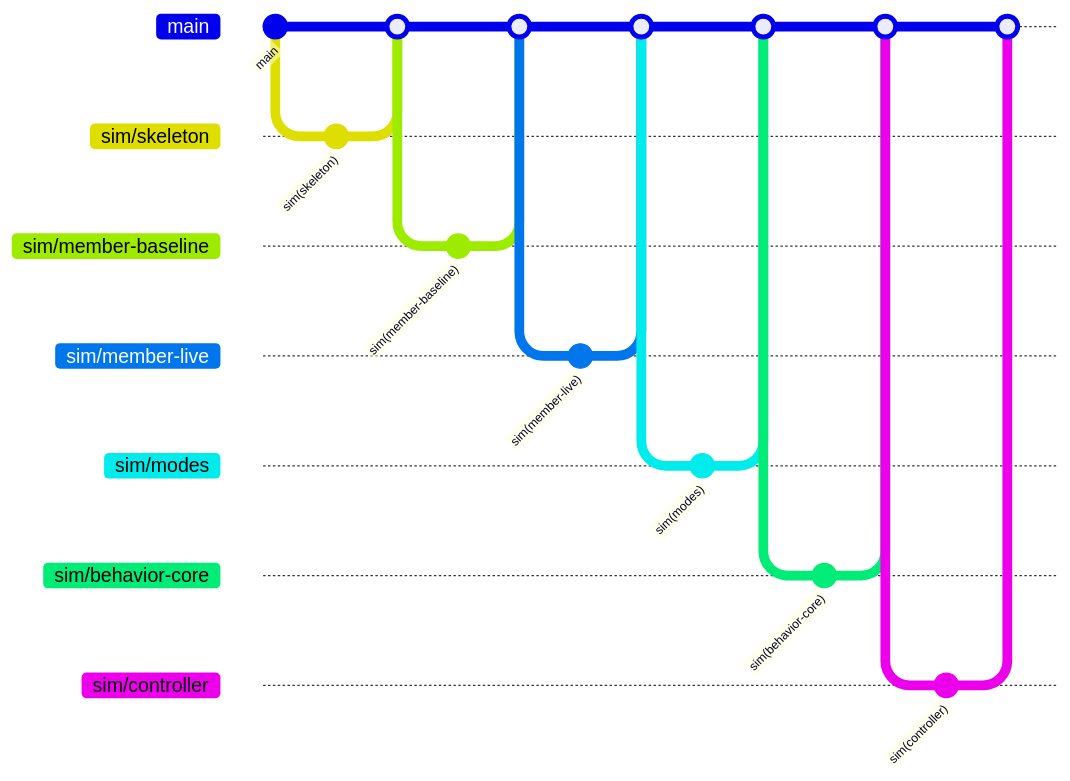
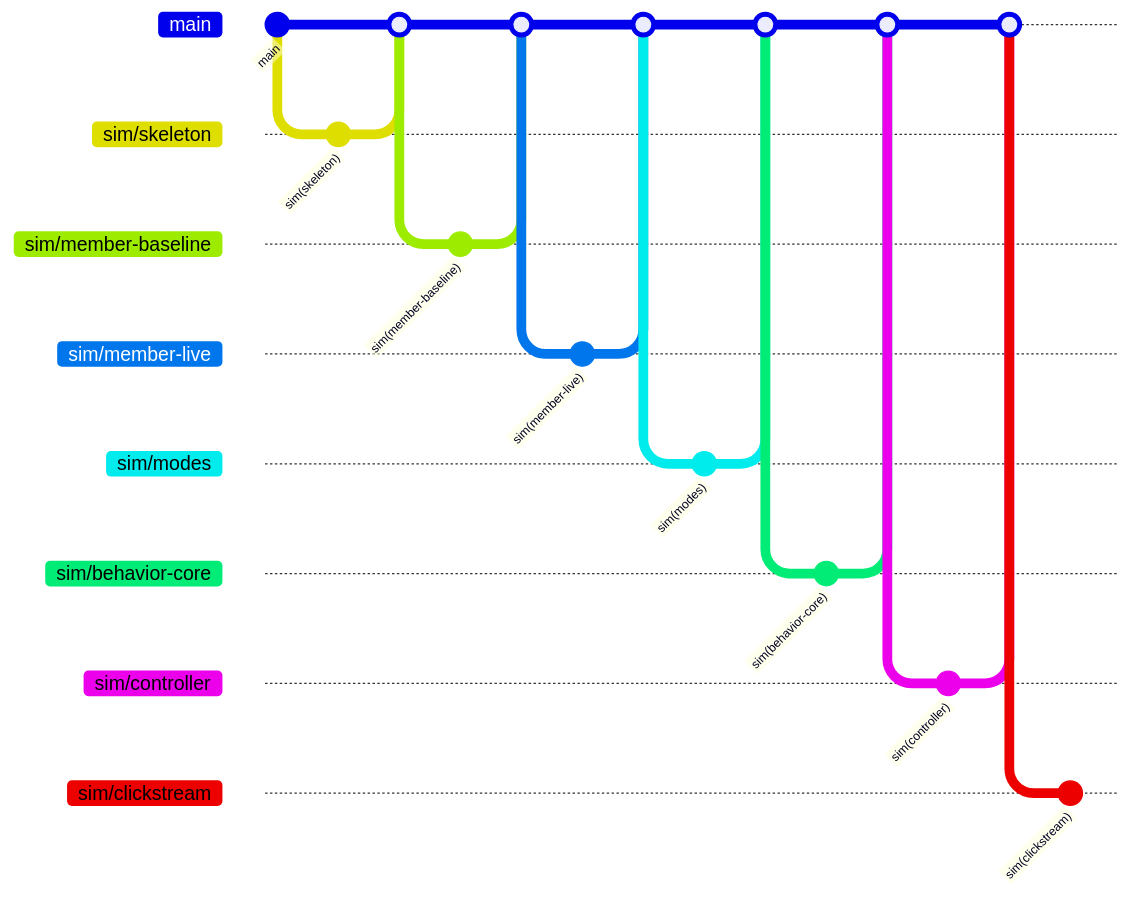
One commit to josiah113366-sketch/clothes-query changed the diagram in docs/BRANCHES.md. Above: the diagram before and after it, drawn with Mermaid. The commit also changed other lines of this file and 1 other file, not shown here.

Commit message:
docs(sim/clickstream): 브랜치 등록과 작업 지시서 추가

````diff
--- a/docs/BRANCHES.md
+++ b/docs/BRANCHES.md
@@ -35,28 +35,30 @@
 ```mermaid
 gitGraph
   commit id: "main"
   branch sim/skeleton
   commit id: "sim(skeleton)"
   checkout main
   merge sim/skeleton
   branch sim/member-baseline
   commit id: "sim(member-baseline)"
   checkout main
   merge sim/member-baseline
   branch sim/member-live
   commit id: "sim(member-live)"
   checkout main
   merge sim/member-live
   branch sim/modes
   commit id: "sim(modes)"
   checkout main
   merge sim/modes
   branch sim/behavior-core
   commit id: "sim(behavior-core)"
   checkout main
   merge sim/behavior-core
   branch sim/controller
   commit id: "sim(controller)"
   checkout main
   merge sim/controller
+  branch sim/clickstream
+  commit id: "sim(clickstream)"
 ```
````
